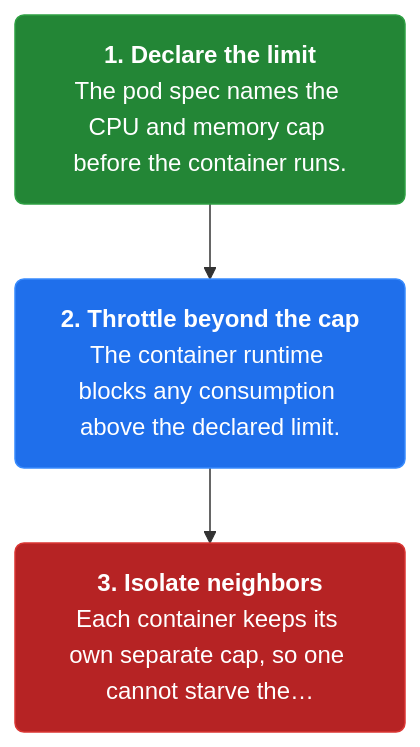
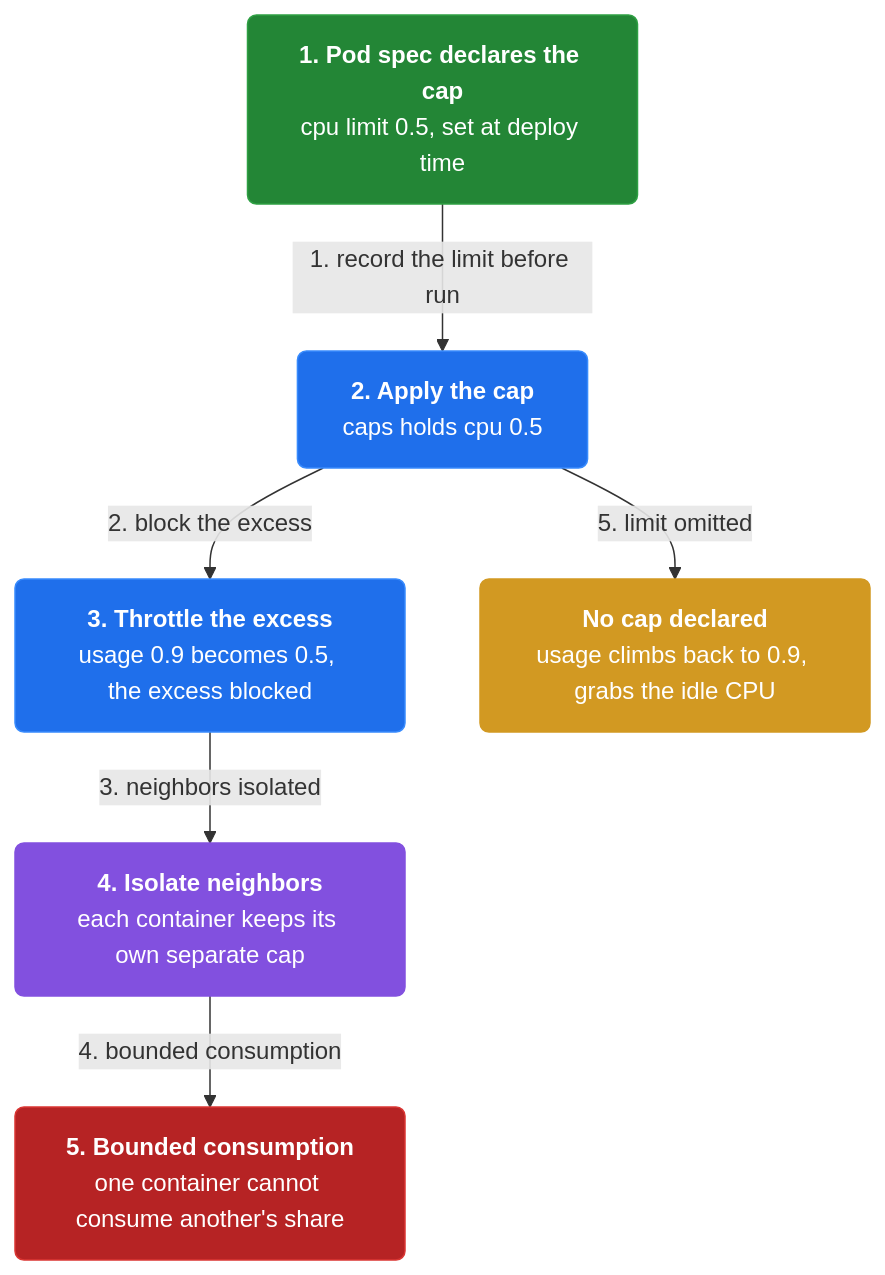
Before and after one commit to vinayakuber/microservices-io-study-guide: the third of 4 diagrams in docs/ch37-service-per-container.md, drawn with Mermaid. The commit also changed other lines of this file and 46 other files, not shown here.

First line of the commit message:
Author rich branching flow diagrams for all 44 chapters

````diff
--- a/docs/ch37-service-per-container.md
+++ b/docs/ch37-service-per-container.md
@@ -91,11 +109,19 @@
 ```mermaid
 flowchart TD
-  classDef step fill:#1f6feb,color:#ffffff,stroke:#388bfd,stroke-width:1px,rx:6
+  classDef step fill:#1f6feb,color:#ffffff,stroke:#388bfd,rx:6
+  classDef core fill:#8250df,color:#ffffff,stroke:#8250df,rx:6
+  classDef warn fill:#d29922,color:#ffffff,stroke:#d29922,rx:6
   classDef start fill:#238636,color:#ffffff,stroke:#2ea043,rx:6
   classDef stop fill:#b62324,color:#ffffff,stroke:#da3633,rx:6
-  s2n0["<b>1. Declare the limit</b><br/>The pod spec names the CPU and memory cap before the container runs."]:::start
-  s2n1["<b>2. Throttle beyond the cap</b><br/>The container runtime blocks any consumption above the declared limit."]:::step
-  s2n2["<b>3. Isolate neighbors</b><br/>Each container keeps its own separate cap, so one cannot starve the…"]:::stop
-  s2n0 --> s2n1
-  s2n1 --> s2n2
+n0["<b>1. Pod spec declares the cap</b><br/>cpu limit 0.5, set at deploy time"]:::start
+  n1["<b>2. Apply the cap</b><br/>caps holds cpu 0.5"]:::step
+  n2["<b>3. Throttle the excess</b><br/>usage 0.9 becomes 0.5, the excess blocked"]:::step
+  n3["<b>4. Isolate neighbors</b><br/>each container keeps its own separate cap"]:::core
+  n4["<b>5. Bounded consumption</b><br/>one container cannot consume another's share"]:::stop
+  n5["<b>No cap declared</b><br/>usage climbs back to 0.9, grabs the idle CPU"]:::warn
+  n0 -->|"1. record the limit before run"| n1
+  n1 -->|"2. block the excess"| n2
+  n2 -->|"3. neighbors isolated"| n3
+  n3 -->|"4. bounded consumption"| n4
+  n1 -->|"5. limit omitted"| n5
 ```
````
